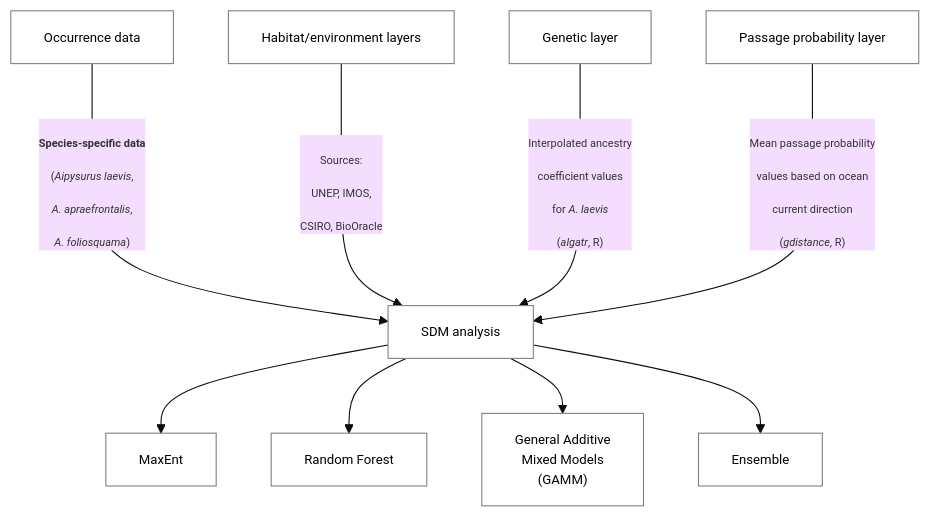
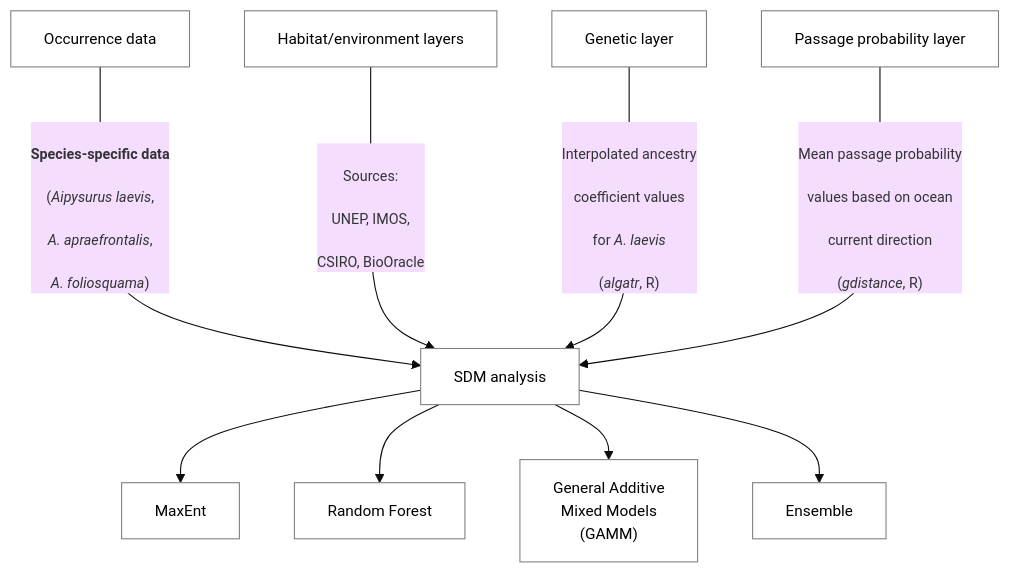
One commit to grcvhon/atm-analysis changed the diagram in README.md. Above: the diagram before and after it, drawn with Mermaid (base theme).

Commit message:
Update: flow size

````diff
--- a/README.md
+++ b/README.md
@@ -12,60 +12,60 @@
 ```mermaid
 flowchart TD;
     A["Occurrence data"]
     B["Habitat/environment layers"]
     C["Genetic layer"]
     D["Passage probability layer"]
     E["SDM analysis"]
     F["MaxEnt"]
     G["Random Forest"]
     H["General Additive 
     Mixed Models
     (GAMM)"]
     I["Ensemble"]
     
-    style A fill:white,stroke:grey,color:black,font-size:12px
-    style B fill:white,stroke:grey,color:black,font-size:12px
-    style C fill:white,stroke:grey,color:black,font-size:12px
-    style D fill:white,stroke:grey,color:black,font-size:12px
-    style E fill:white,stroke:grey,color:black,font-size:12px
-    style F fill:white,stroke:grey,color:black,font-size:12px
-    style G fill:white,stroke:grey,color:black,font-size:12px
-    style H fill:white,stroke:grey,color:black,font-size:12px
-    style I fill:white,stroke:grey,color:black,font-size:12px
+    style A fill:white,stroke:grey,color:black,font-size:14px
+    style B fill:white,stroke:grey,color:black,font-size:14px
+    style C fill:white,stroke:grey,color:black,font-size:14px
+    style D fill:white,stroke:grey,color:black,font-size:14px
+    style E fill:white,stroke:grey,color:black,font-size:14px
+    style F fill:white,stroke:grey,color:black,font-size:14px
+    style G fill:white,stroke:grey,color:black,font-size:14px
+    style H fill:white,stroke:grey,color:black,font-size:14px
+    style I fill:white,stroke:grey,color:black,font-size:14px
 
     A--
-    <p style="font-size:10px">
+    <p style="font-size:13px">
     <b>Species-specific data</b><br> 
     (<i>Aipysurus laevis</i>,<br>
     <i>A. apraefrontalis</i>,<br>
     <i>A. foliosquama</i>)
     </p>--->E;
 
     B--
-    <p style="font-size:10px">
+    <p style="font-size:13px">
     Sources:<br>
     UNEP, IMOS,<br> 
     CSIRO, BioOracle
     </p>--->E;
     
     C--
-    <p style="font-size:10px">
+    <p style="font-size:13px">
     Interpolated ancestry<br>
     coefficient values<br>
     for <i>A. laevis</i><br>
     (<i>algatr</i>, R)
     </p>--->E;
     
     D--
-    <p style="font-size:10px">
+    <p style="font-size:13px">
     Mean passage probability<br>
     values based on ocean<br>
     current direction<br>
     (<i>gdistance</i>, R)
     </p>--->E;
     
     E-->F;
     E-->G;
     E-->H;
     E-->I;
 ```
````
